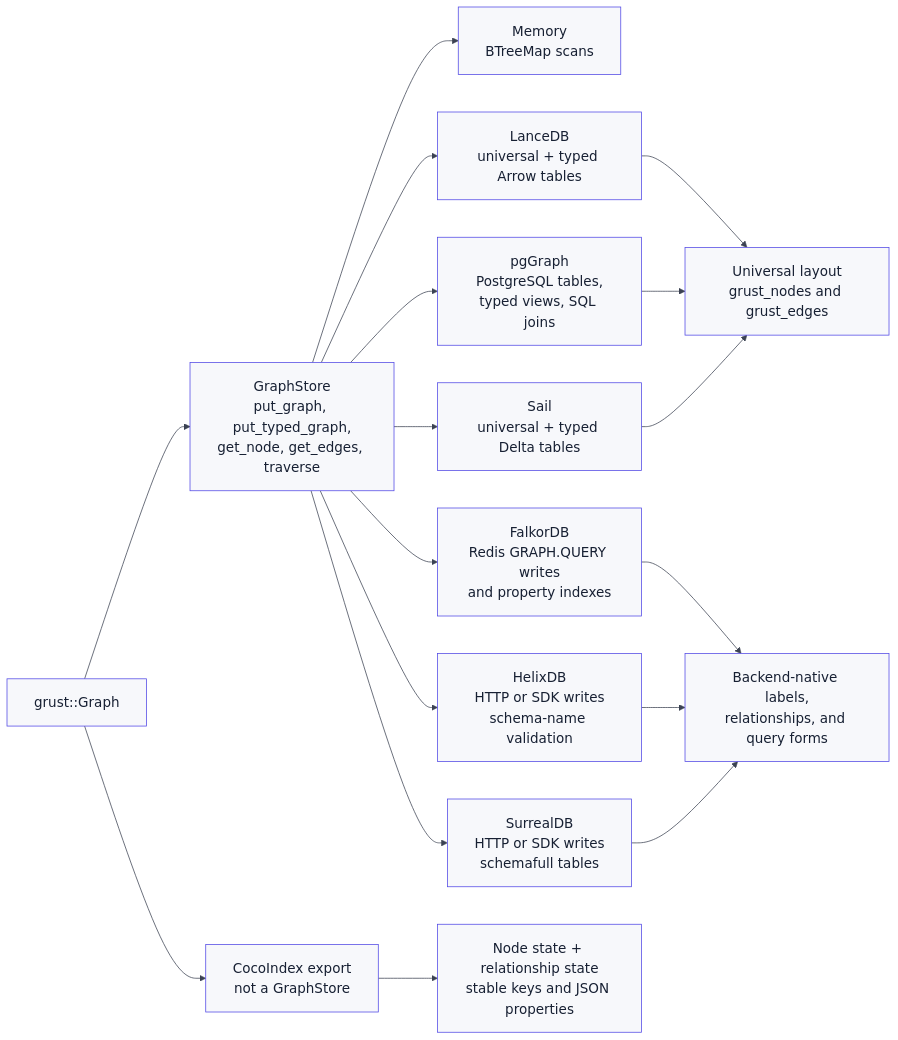
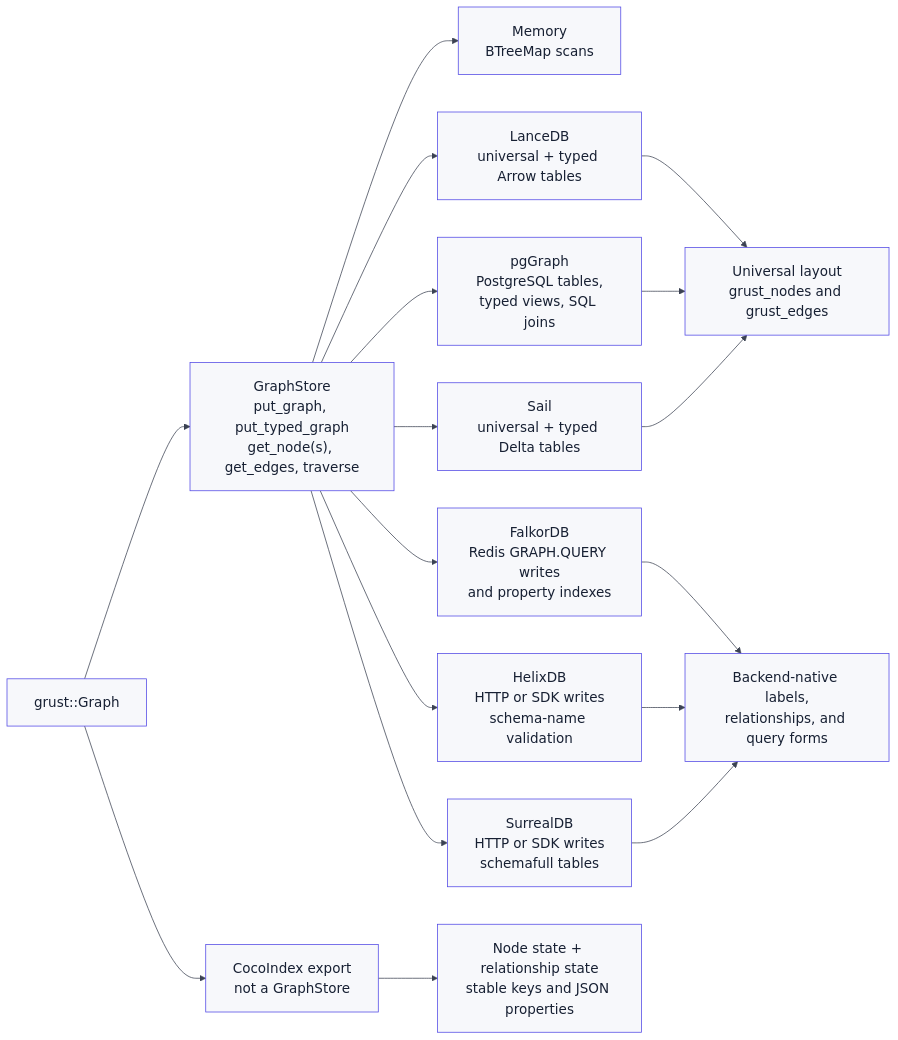
Before and after one commit to alexy/grust: the third of 4 diagrams in docs/blog/grust-overview/post.md, drawn with Mermaid. The commit also changed other lines of this file and 29 other files, not shown here.

````diff
--- a/docs/blog/grust-overview/post.md
+++ b/docs/blog/grust-overview/post.md
@@ -303,24 +304,24 @@
 ```mermaid
 %%{init: {"theme": "base", "themeVariables": {"fontFamily": "Inter, Arial, sans-serif", "fontSize": "18px", "primaryColor": "#f7f8fb", "primaryTextColor": "#172033", "primaryBorderColor": "#4f46e5", "lineColor": "#3b4252", "secondaryColor": "#eef6f0", "tertiaryColor": "#fff6df"}, "flowchart": {"htmlLabels": false, "nodeSpacing": 50, "rankSpacing": 58, "padding": 18}}}%%
 flowchart LR
-  graphObj["grust::Graph"] --> store["GraphStore\nput_graph, put_typed_graph,\nget_node, get_edges, traverse"]
+  graphObj["grust::Graph"] --> store["GraphStore\nput_graph, put_typed_graph\nget_node(s), get_edges, traverse"]
   graphObj --> coco["CocoIndex export\nnot a GraphStore"]
 
   store --> memory["Memory\nBTreeMap scans"]
   store --> lancedb["LanceDB\nuniversal + typed Arrow tables"]
   store --> pggraph["pgGraph\nPostgreSQL tables,\ntyped views, SQL joins"]
   store --> sail["Sail\nuniversal + typed Delta tables"]
   store --> falkor["FalkorDB\nRedis GRAPH.QUERY writes\nand property indexes"]
   store --> helix["HelixDB\nHTTP or SDK writes\nschema-name validation"]
   store --> surreal["SurrealDB\nHTTP or SDK writes\nschemafull tables"]
 
   lancedb --> universal["Universal layout\ngrust_nodes and grust_edges"]
   pggraph --> universal
   sail --> universal
 
   falkor --> native["Backend-native labels,\nrelationships, and query forms"]
   helix --> native
   surreal --> native
 
   coco --> state["Node state + relationship state\nstable keys and JSON properties"]
 ```
````
